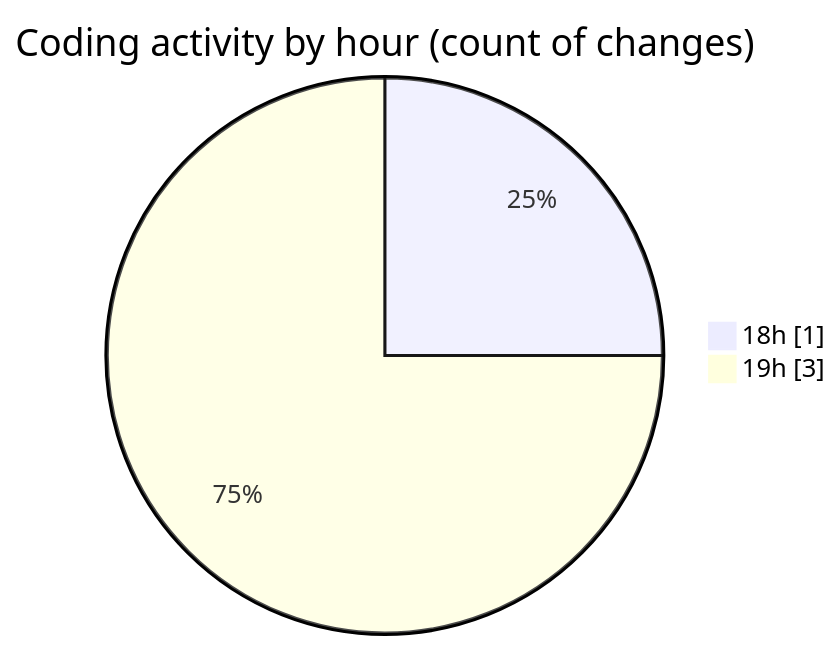
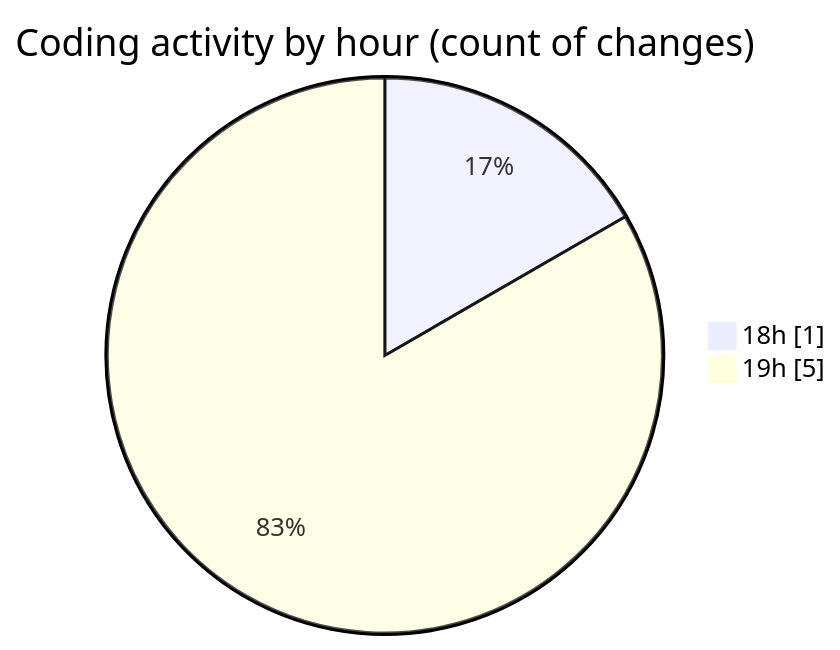
One commit to Netris89/code-tracking changed the second of 2 diagrams in 2025-03-30/front-end/README.md. Above: the diagram before and after it, drawn with Mermaid. The commit also changed other lines of this file and 1 other file, not shown here.

````diff
--- a/2025-03-30/front-end/README.md
+++ b/2025-03-30/front-end/README.md
@@ -29,6 +31,6 @@
 ```mermaid
 pie showData
 title Coding activity by hour (count of changes)
 "18h" : 1
-"19h" : 3
+"19h" : 5
 ```
````
